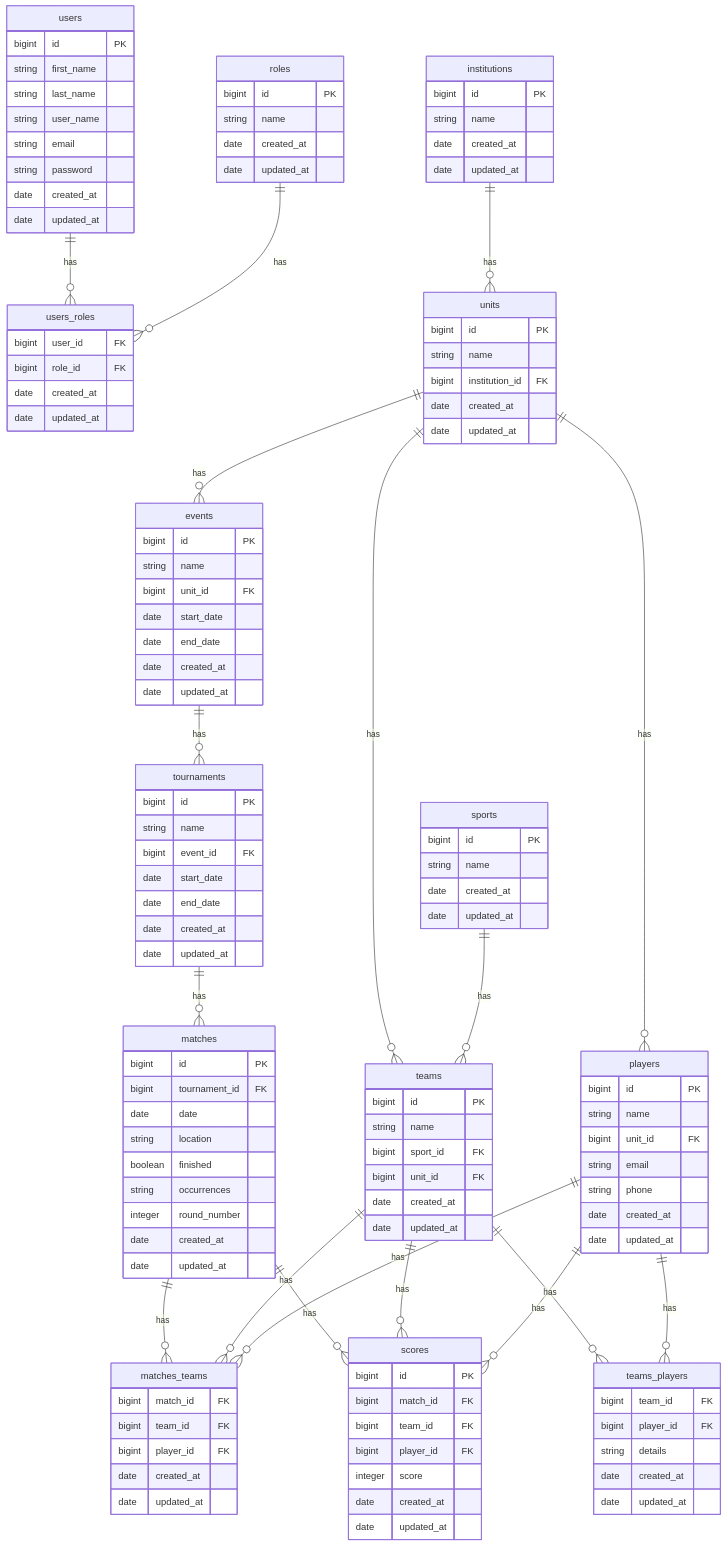
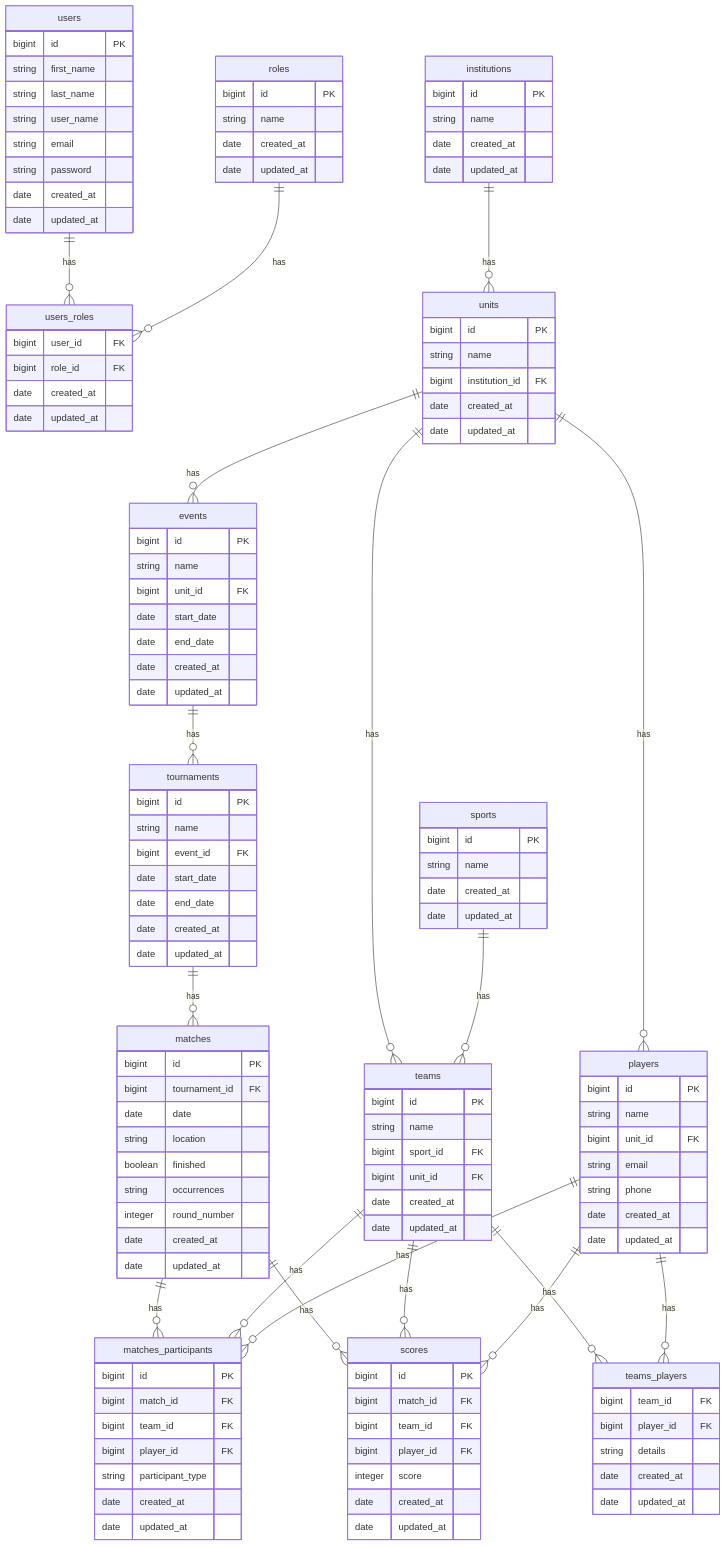
Before and after one commit to rgomide/gerenciador-torneio: the diagram in README.md, drawn with Mermaid.

Commit message:
update ERD

```diff
--- a/README.md
+++ b/README.md
@@ -135,10 +135,12 @@
       date updated_at
     }
 
-    matches_teams {
+    matches_participants {
+      bigint id PK
       bigint match_id FK
       bigint team_id FK
       bigint player_id FK
+      string participant_type
       date created_at
       date updated_at
     }
@@ -164,9 +166,9 @@
     teams ||--o{ teams_players : has
     players ||--o{ teams_players : has
     tournaments ||--o{ matches : has
-    matches ||--o{ matches_teams : has
-    teams ||--o{ matches_teams : has
-    players ||--o{ matches_teams : has
+    matches ||--o{ matches_participants : has
+    teams ||--o{ matches_participants : has
+    players ||--o{ matches_participants : has
     matches ||--o{ scores : has
     teams ||--o{ scores : has
     players ||--o{ scores : has
```
